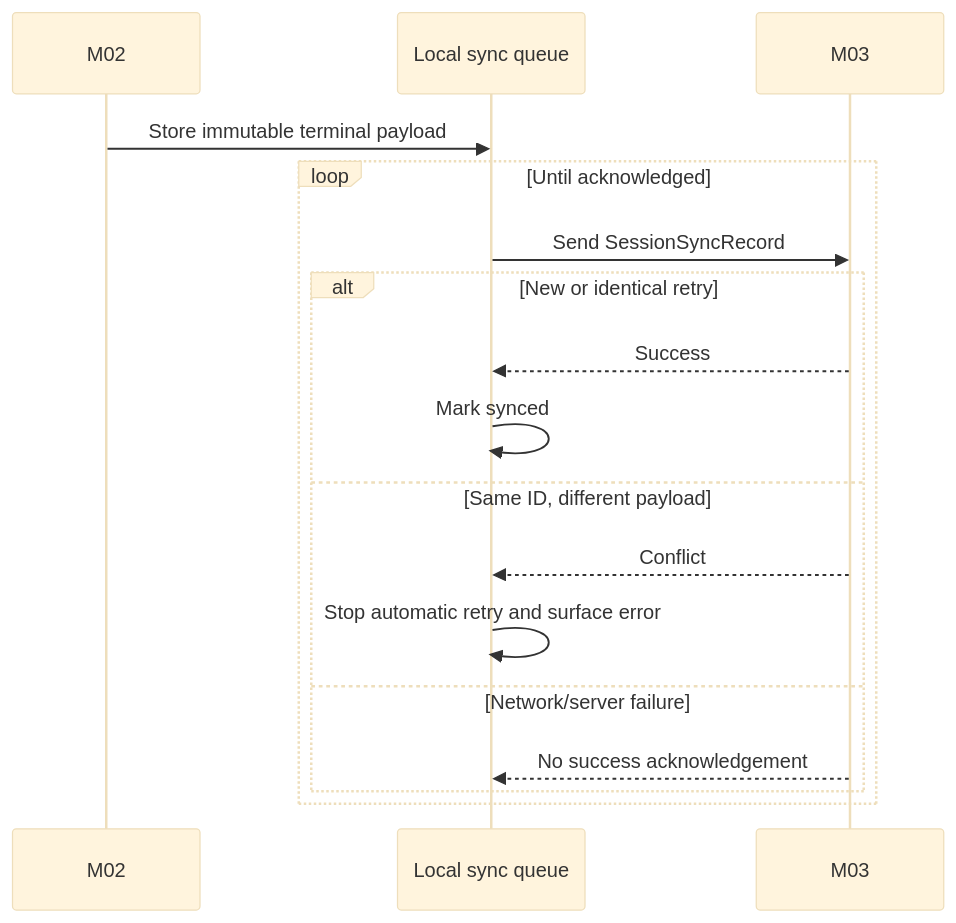
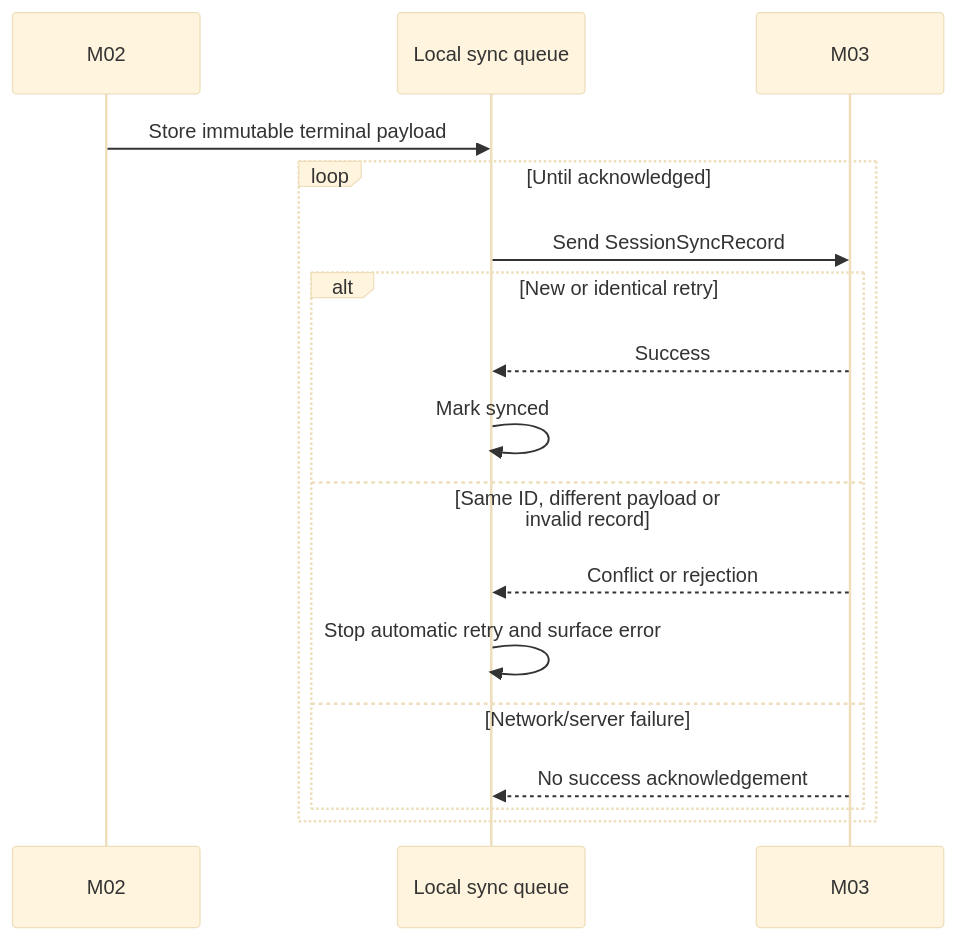
One commit to MckhueVanPhuc/Refactor-Cuc-Phuong changed the third of 4 diagrams in docs/spec/spec-M02.md. Above: the diagram before and after it, drawn with Mermaid (base theme). The commit also changed other lines of this file and 2 other files, not shown here.

````diff
--- a/docs/spec/spec-M02.md
+++ b/docs/spec/spec-M02.md
@@ -155,19 +193,19 @@
 ```mermaid
 sequenceDiagram
     participant M02
     participant Queue as Local sync queue
     participant M03
     M02->>Queue: Store immutable terminal payload
     loop Until acknowledged
         Queue->>M03: Send SessionSyncRecord
         alt New or identical retry
             M03-->>Queue: Success
             Queue->>Queue: Mark synced
-        else Same ID, different payload
-            M03-->>Queue: Conflict
+        else Same ID, different payload or invalid record
+            M03-->>Queue: Conflict or rejection
             Queue->>Queue: Stop automatic retry and surface error
         else Network/server failure
             M03-->>Queue: No success acknowledgement
         end
     end
 ```
````
